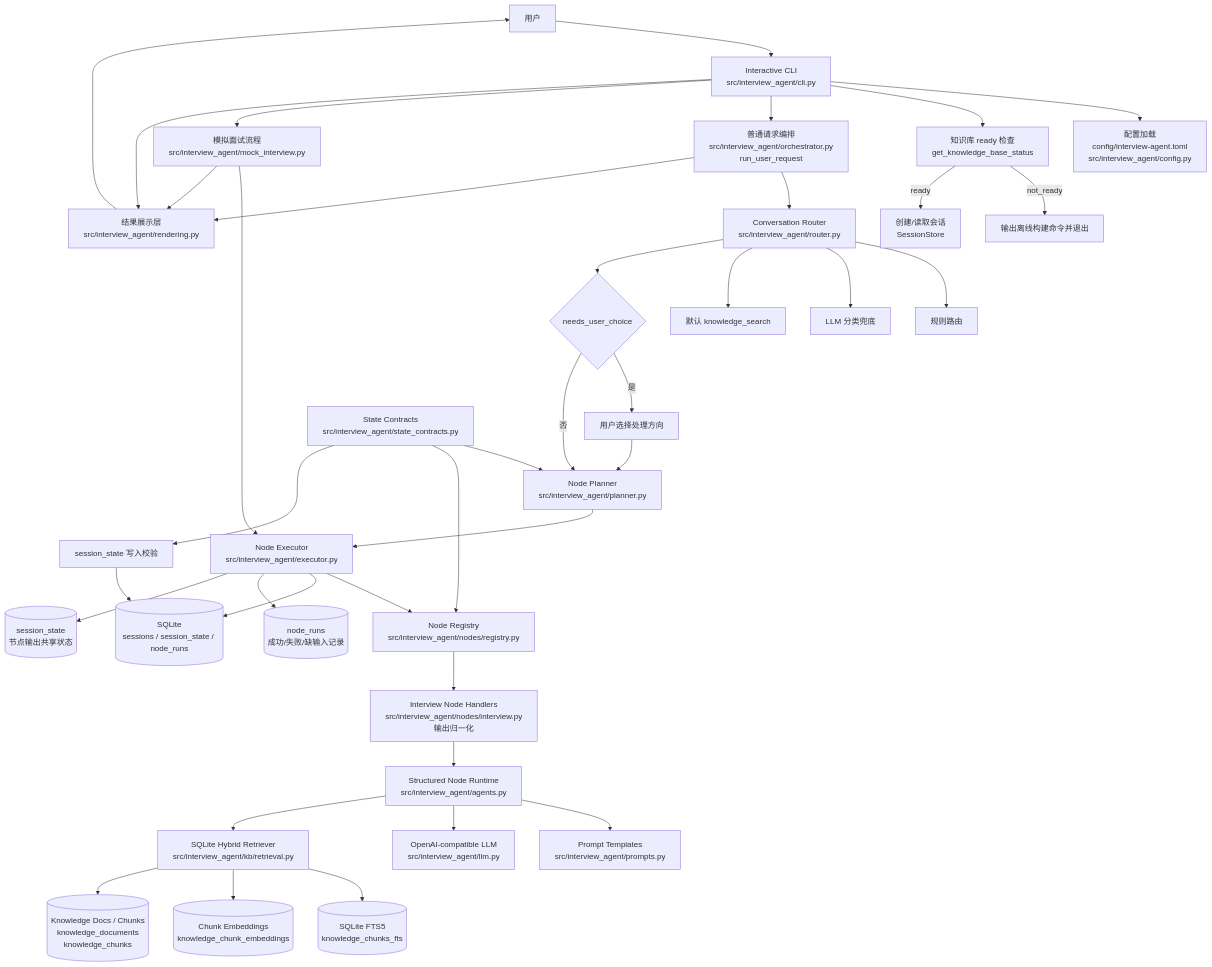
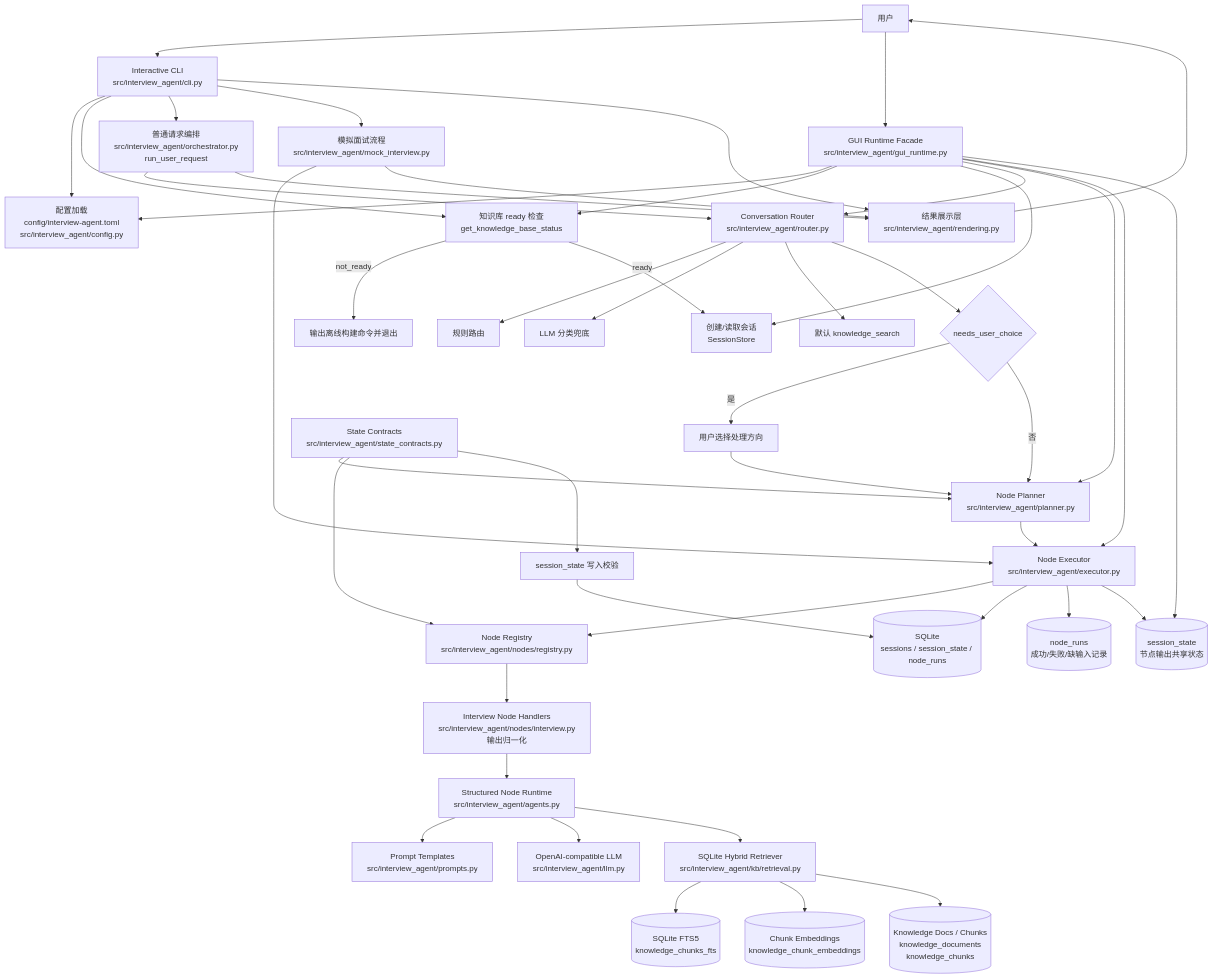
Before and after one commit to kaomianjin2/resume-agent: the first of 4 diagrams in docs/architecture.md, drawn with Mermaid. The commit also changed 4 other files, not shown here.

````diff
--- a/docs/architecture.md
+++ b/docs/architecture.md
@@ -15,49 +15,57 @@
 ```mermaid
 flowchart TD
     User[用户] --> CLI[Interactive CLI<br/>src/interview_agent/cli.py]
+    User --> GUIRuntime[GUI Runtime Facade<br/>src/interview_agent/gui_runtime.py]
 
     CLI --> Config[配置加载<br/>config/interview-agent.toml<br/>src/interview_agent/config.py]
+    GUIRuntime --> Config
     CLI --> KBReady[知识库 ready 检查<br/>get_knowledge_base_status]
+    GUIRuntime --> KBReady
     KBReady -->|not_ready| OfflineHint[输出离线构建命令并退出]
     KBReady -->|ready| Session[创建/读取会话<br/>SessionStore]
+    GUIRuntime --> Session
 
     CLI --> Orchestrator[普通请求编排<br/>src/interview_agent/orchestrator.py<br/>run_user_request]
+    GUIRuntime --> Router
+    GUIRuntime --> Planner
+    GUIRuntime --> Executor
+    GUIRuntime --> State
     CLI --> MockFlow[模拟面试流程<br/>src/interview_agent/mock_interview.py]
     CLI --> Rendering[结果展示层<br/>src/interview_agent/rendering.py]
     Orchestrator --> Router[Conversation Router<br/>src/interview_agent/router.py]
     Router --> RuleRoute[规则路由]
     Router --> LLMRoute[LLM 分类兜底]
     Router --> DefaultRoute[默认 knowledge_search]
     Router --> DirectionChoice{needs_user_choice}
     DirectionChoice -->|是| UserChoice[用户选择处理方向]
     DirectionChoice -->|否| Planner
 
     UserChoice --> Planner
     Planner[Node Planner<br/>src/interview_agent/planner.py]
     StateContracts[State Contracts<br/>src/interview_agent/state_contracts.py]
     StateContracts --> Planner
     Planner --> Executor[Node Executor<br/>src/interview_agent/executor.py]
     MockFlow --> Executor
 
     Executor --> Registry[Node Registry<br/>src/interview_agent/nodes/registry.py]
     StateContracts --> Registry
     StateContracts --> SessionValidation[session_state 写入校验]
     Registry --> Handlers[Interview Node Handlers<br/>src/interview_agent/nodes/interview.py<br/>输出归一化]
 
     Executor --> SQLite[(SQLite<br/>sessions / session_state / node_runs)]
     SessionValidation --> SQLite
     Handlers --> AgentRuntime[Structured Node Runtime<br/>src/interview_agent/agents.py]
     AgentRuntime --> Prompts[Prompt Templates<br/>src/interview_agent/prompts.py]
     AgentRuntime --> LLM[OpenAI-compatible LLM<br/>src/interview_agent/llm.py]
     AgentRuntime --> Retriever[SQLite Hybrid Retriever<br/>src/interview_agent/kb/retrieval.py]
 
     Retriever --> FTS[(SQLite FTS5<br/>knowledge_chunks_fts)]
     Retriever --> Embeddings[(Chunk Embeddings<br/>knowledge_chunk_embeddings)]
     Retriever --> KBChunks[(Knowledge Docs / Chunks<br/>knowledge_documents<br/>knowledge_chunks)]
 
     Executor --> Runs[(node_runs<br/>成功/失败/缺输入记录)]
     Executor --> State[(session_state<br/>节点输出共享状态)]
     Orchestrator --> Rendering
     MockFlow --> Rendering
     Rendering --> User
 ```
````
